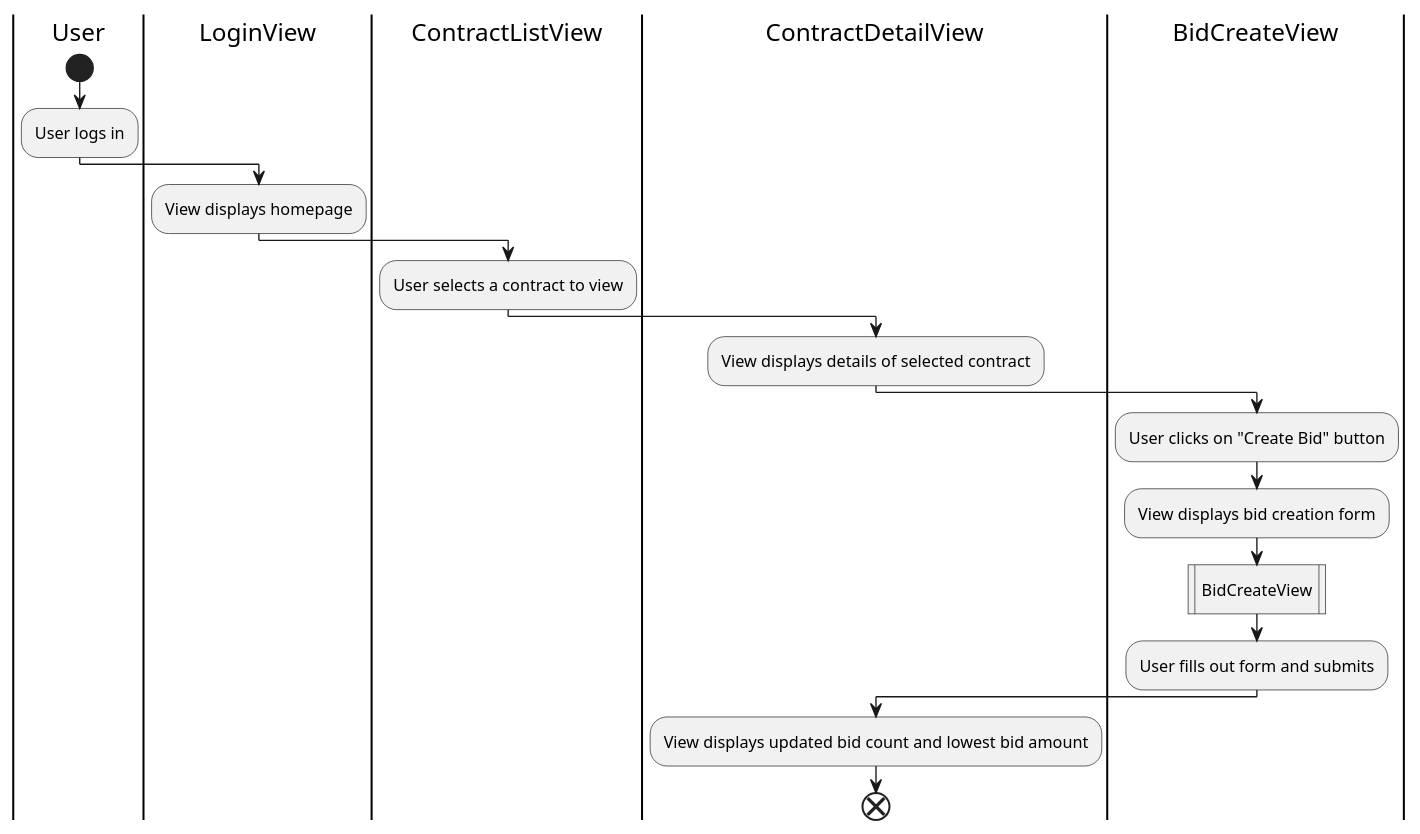
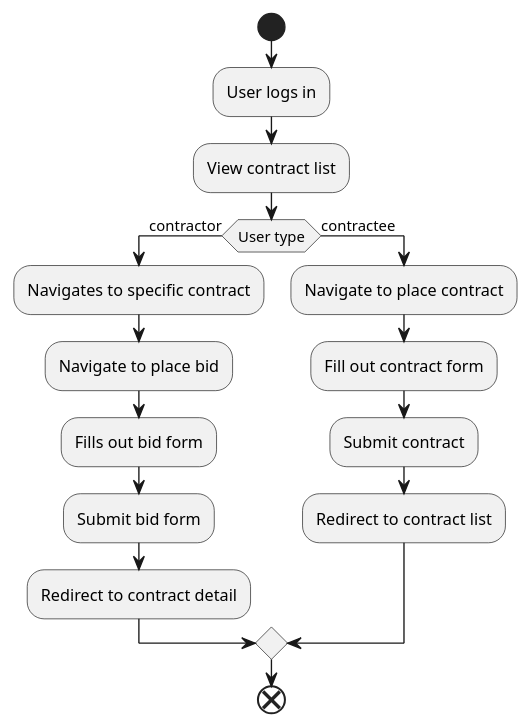
One commit to mrhaffner/job_bidding_board changed the diagram in diagrams/Activity_diagram_Contracts_ Create Bid.puml. Above: the diagram before and after it, drawn with PlantUML. The commit also changed 6 other files, not shown here.

Commit message:
final diagrams

```diff
--- a/diagrams/Activity_diagram_Contracts_ Create Bid.puml
+++ b/diagrams/Activity_diagram_Contracts_ Create Bid.puml
@@ -1,19 +1,19 @@
 @startuml
-|User|
+
 start
 :User logs in;
-|LoginView|
-:View displays homepage;
-|ContractListView|
-:User selects a contract to view;
-|ContractDetailView|
-:View displays details of selected contract;
-|BidCreateView|
-:User clicks on "Create Bid" button;
-:View displays bid creation form;
-:BidCreateView|
-:User fills out form and submits;
-|ContractDetailView|
-:View displays updated bid count and lowest bid amount;
+:View contract list;
+if (User type) then (contractor)
+:Navigates to specific contract;
+:Navigate to place bid;
+:Fills out bid form;
+:Submit bid form;
+:Redirect to contract detail;
+else (contractee)
+:Navigate to place contract;
+:Fill out contract form;
+:Submit contract;
+:Redirect to contract list;
+endif
 end
 @enduml
```
